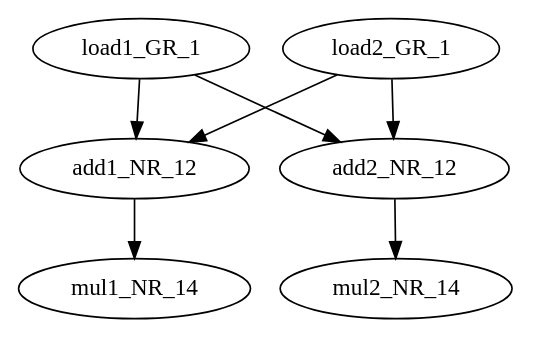
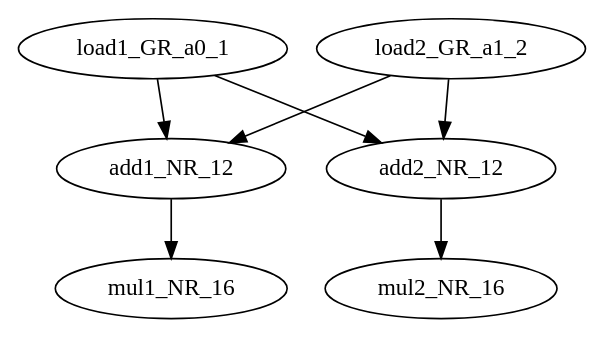
The diagram in test_II.dot (PPG11/DFG_II_calculate), drawn with Graphviz before and after one commit. The commit also changed 16 other files, not shown here.

```diff
--- a/test_II.dot
+++ b/test_II.dot
@@ -1,8 +1,8 @@
 digraph a {
-    load1_GR_1 -> add1_NR_12
-    load1_GR_1 -> add2_NR_12
-    add1_NR_12 -> mul1_NR_14
-    load2_GR_1 -> add1_NR_12
-    load2_GR_1 -> add2_NR_12
-    add2_NR_12 -> mul2_NR_14
+    load1_GR_a0_1 -> add1_NR_12
+    load1_GR_a0_1 -> add2_NR_12
+    add1_NR_12 -> mul1_NR_16
+    load2_GR_a1_2 -> add1_NR_12
+    load2_GR_a1_2 -> add2_NR_12
+    add2_NR_12 -> mul2_NR_16
 }
```
